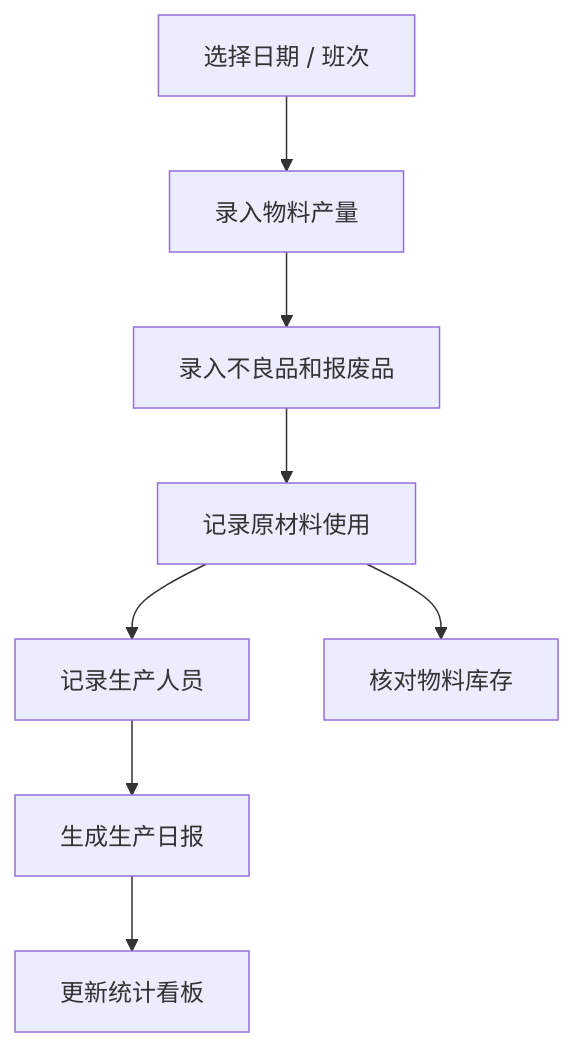
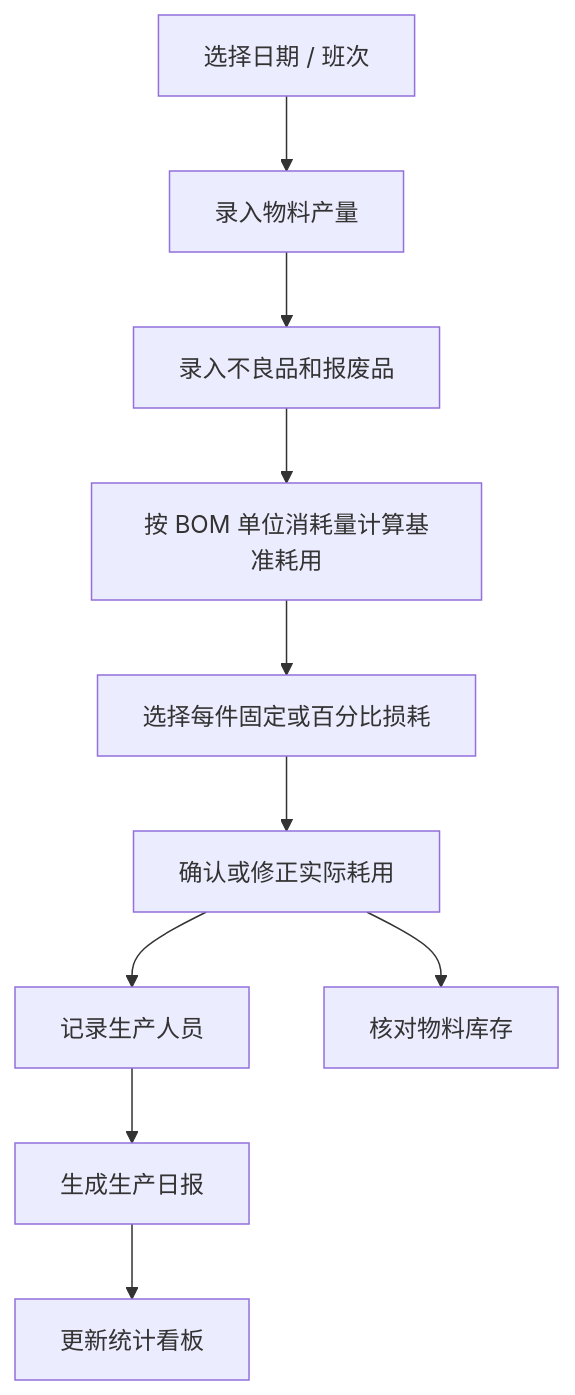
One commit to goldf2/mes-lite changed the ninth of 15 diagrams in docs/minierp/system-function-flow.md. Above: the diagram before and after it, drawn with Mermaid. The commit also changed other lines of this file and 30 other files, not shown here.

````diff
--- a/docs/minierp/system-function-flow.md
+++ b/docs/minierp/system-function-flow.md
@@ -280,10 +280,12 @@
 ```mermaid
 flowchart TD
   A["选择日期 / 班次"] --> B["录入物料产量"]
   B --> C["录入不良品和报废品"]
-  C --> D["记录原材料使用"]
-  D --> E["记录生产人员"]
-  E --> F["生成生产日报"]
+  C --> D["按 BOM 单位消耗量计算基准耗用"]
+  D --> E["选择每件固定或百分比损耗"]
+  E --> I["确认或修正实际耗用"]
+  I --> J["记录生产人员"]
+  J --> F["生成生产日报"]
   F --> G["更新统计看板"]
-  D --> H["核对物料库存"]
+  I --> H["核对物料库存"]
 ```
````
